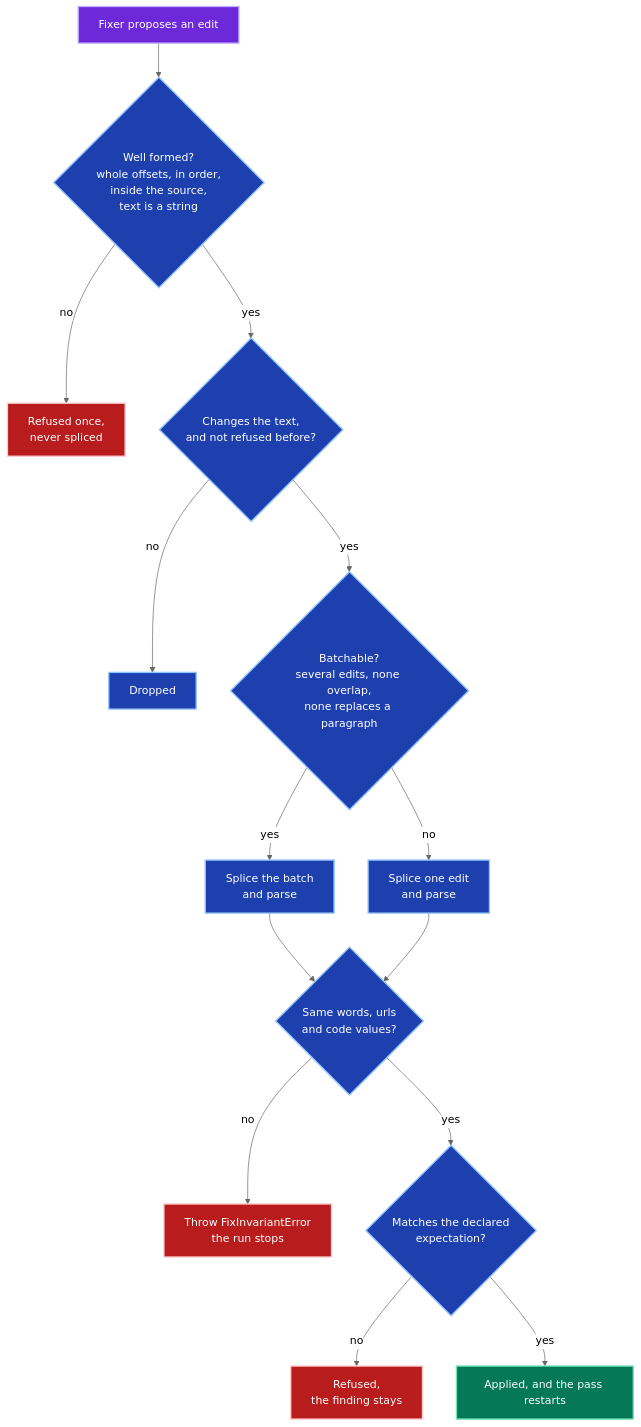
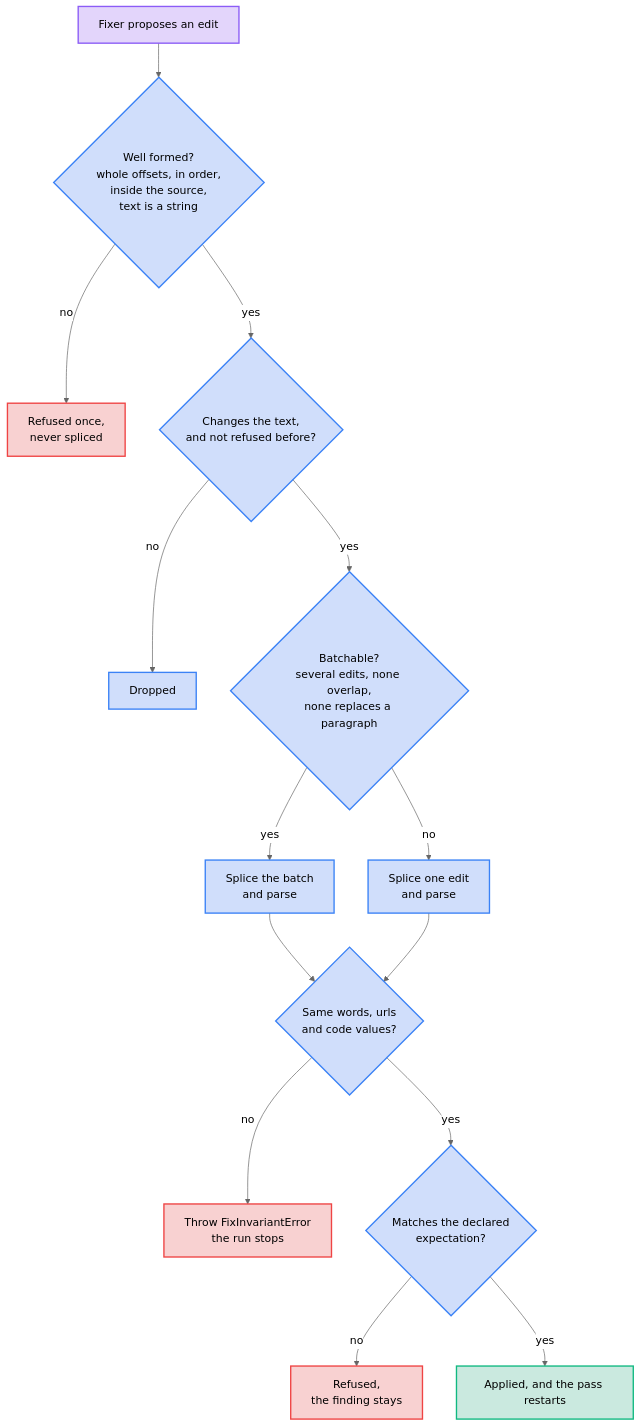
One commit to jpeakai/jpai-prose-gates changed the sixth of 7 diagrams in docs/engines.md. Above: the diagram before and after it, drawn with Mermaid (neutral theme). The commit also changed 1 other file, not shown here.

Commit message:
docs: recalibrate the Mermaid diagrams for Material with translucent fills
Material forces the label text and ignores color: in a classDef, so the
opaque fills failed the mkdocs-material contrast profile. Each fill is now a
translucent tint with a vivid stroke and no color:, so the page background
shows through and the forced label reads in both themes. Verified with the
contrast gate (225 pass, 0 fail) and renders on light and dark pages.

Claude-Session: https://claude.ai/code/session_01Wt7hijG2fHYXP8SmpwpU8i

````diff
--- a/docs/engines.md
+++ b/docs/engines.md
@@ -307,21 +307,21 @@
 ```mermaid
 flowchart TB
     P["Fixer proposes an edit"]:::ext --> W{"Well formed?<br/>whole offsets, in order,<br/>inside the source,<br/>text is a string"}:::core
     W -->|no| R1["Refused once,<br/>never spliced"]:::del
     W -->|yes| N{"Changes the text,<br/>and not refused before?"}:::core
     N -->|no| S["Dropped"]:::core
     N -->|yes| B{"Batchable?<br/>several edits, none overlap,<br/>none replaces a paragraph"}:::core
     B -->|yes| T["Splice the batch<br/>and parse"]:::core
     B -->|no| T1["Splice one edit<br/>and parse"]:::core
     T --> FP{"Same words, urls<br/>and code values?"}:::core
     T1 --> FP
     FP -->|no| X["Throw FixInvariantError<br/>the run stops"]:::del
     FP -->|yes| EX{"Matches the declared<br/>expectation?"}:::core
     EX -->|no| R2["Refused,<br/>the finding stays"]:::del
     EX -->|yes| A["Applied, and the pass restarts"]:::add
 
-    classDef core fill:#1e40af,stroke:#93c5fd,color:#ffffff,stroke-width:2px
-    classDef add fill:#047857,stroke:#6ee7b7,color:#ffffff,stroke-width:2px
-    classDef del fill:#b91c1c,stroke:#fecaca,color:#ffffff,stroke-width:2px
-    classDef ext fill:#6d28d9,stroke:#c4b5fd,color:#ffffff,stroke-width:2px
+    classDef core fill:#2563eb36,stroke:#3b82f6,stroke-width:2px
+    classDef add fill:#05966936,stroke:#10b981,stroke-width:2px
+    classDef del fill:#dc262636,stroke:#ef4444,stroke-width:2px
+    classDef ext fill:#7c3aed36,stroke:#8b5cf6,stroke-width:2px
 ```
````
